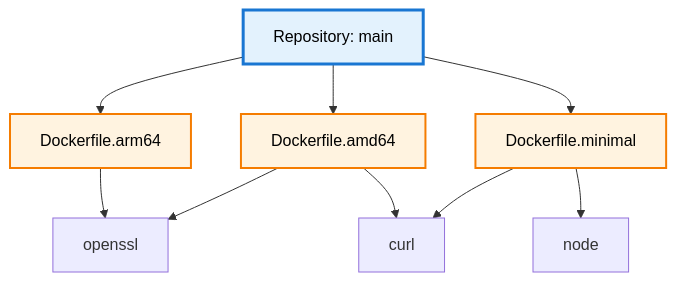
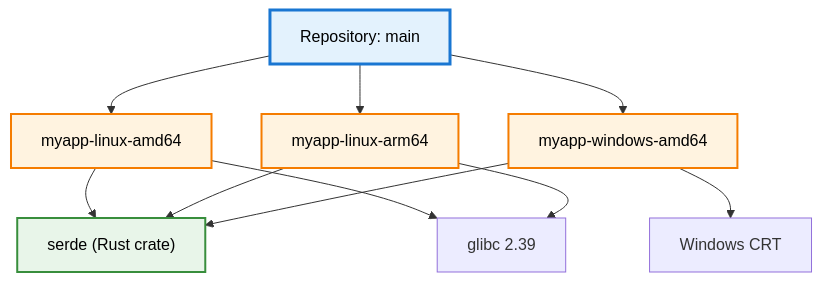
Before and after one commit to l3montree-dev/devguard-documentation: the diagram in src/pages/explanations/core-concepts/artifacts.mdx, drawn with Mermaid. The commit also changed other lines of this file and 1 other file, not shown here.

````diff
--- a/src/pages/explanations/core-concepts/artifacts.mdx
+++ b/src/pages/explanations/core-concepts/artifacts.mdx
@@ -26,18 +26,20 @@
 ```mermaid
 graph TD
-    A[Repository: main] --> B[Dockerfile.amd64]
-    A --> C[Dockerfile.arm64]
-    A --> D[Dockerfile.minimal]
+    A["Repository: main"] --> B["myapp-linux-amd64"]
+    A --> C["myapp-linux-arm64"]
+    A --> D["myapp-windows-amd64"]
 
-    
-    B --> openssl
-    C --> openssl
-    D --> curl
-    B --> curl
-    D --> node
-    
+    B --> R["serde (Rust crate)"]
+    C --> R
+    D --> R
+
+    B --> G["glibc 2.39"]
+    C --> G
+    D --> W["Windows CRT"]
+
     style A fill:#e3f2fd,stroke:#1976d2,stroke-width:3px,color:#000
     style B fill:#fff3e0,stroke:#f57c00,stroke-width:2px,color:#000
     style C fill:#fff3e0,stroke:#f57c00,stroke-width:2px,color:#000
     style D fill:#fff3e0,stroke:#f57c00,stroke-width:2px,color:#000
+    style R fill:#e8f5e9,stroke:#388e3c,stroke-width:2px,color:#000
 ```
````
